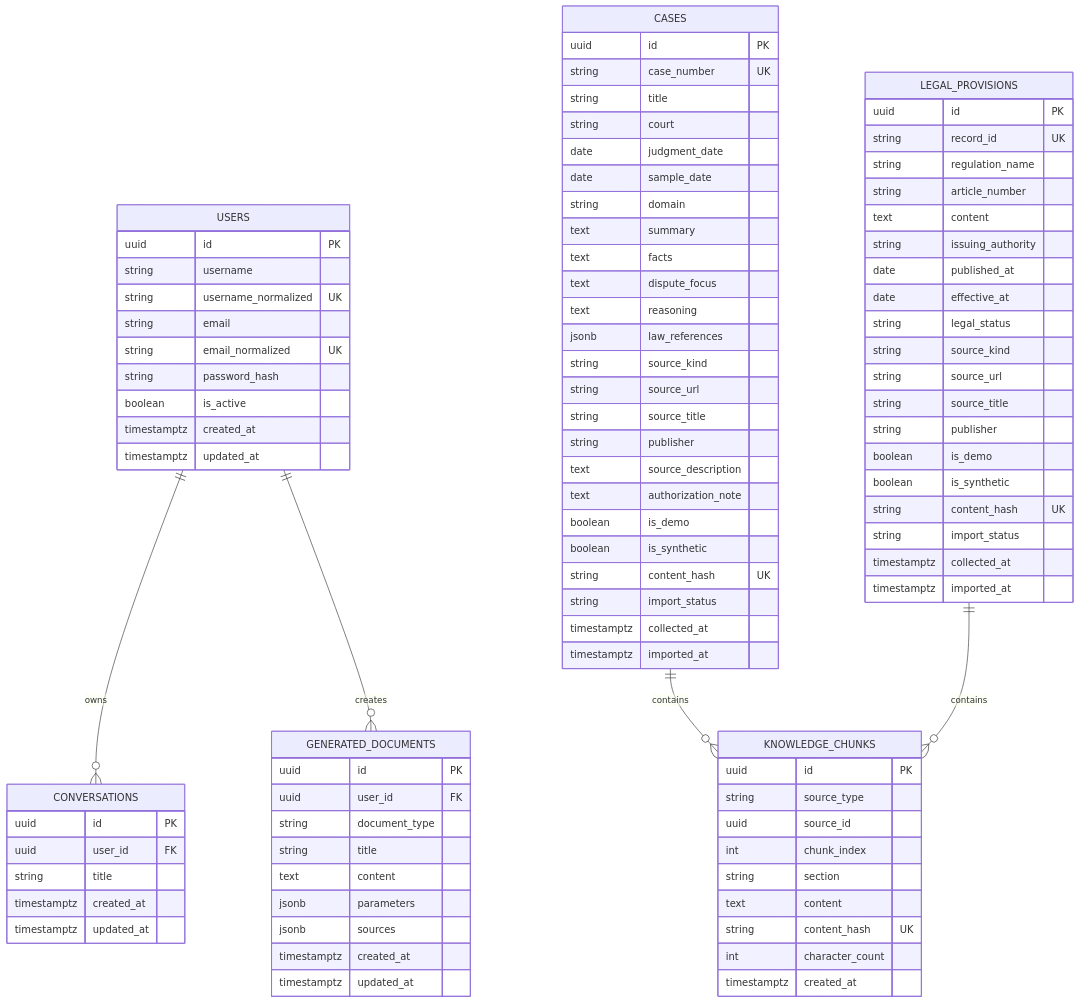
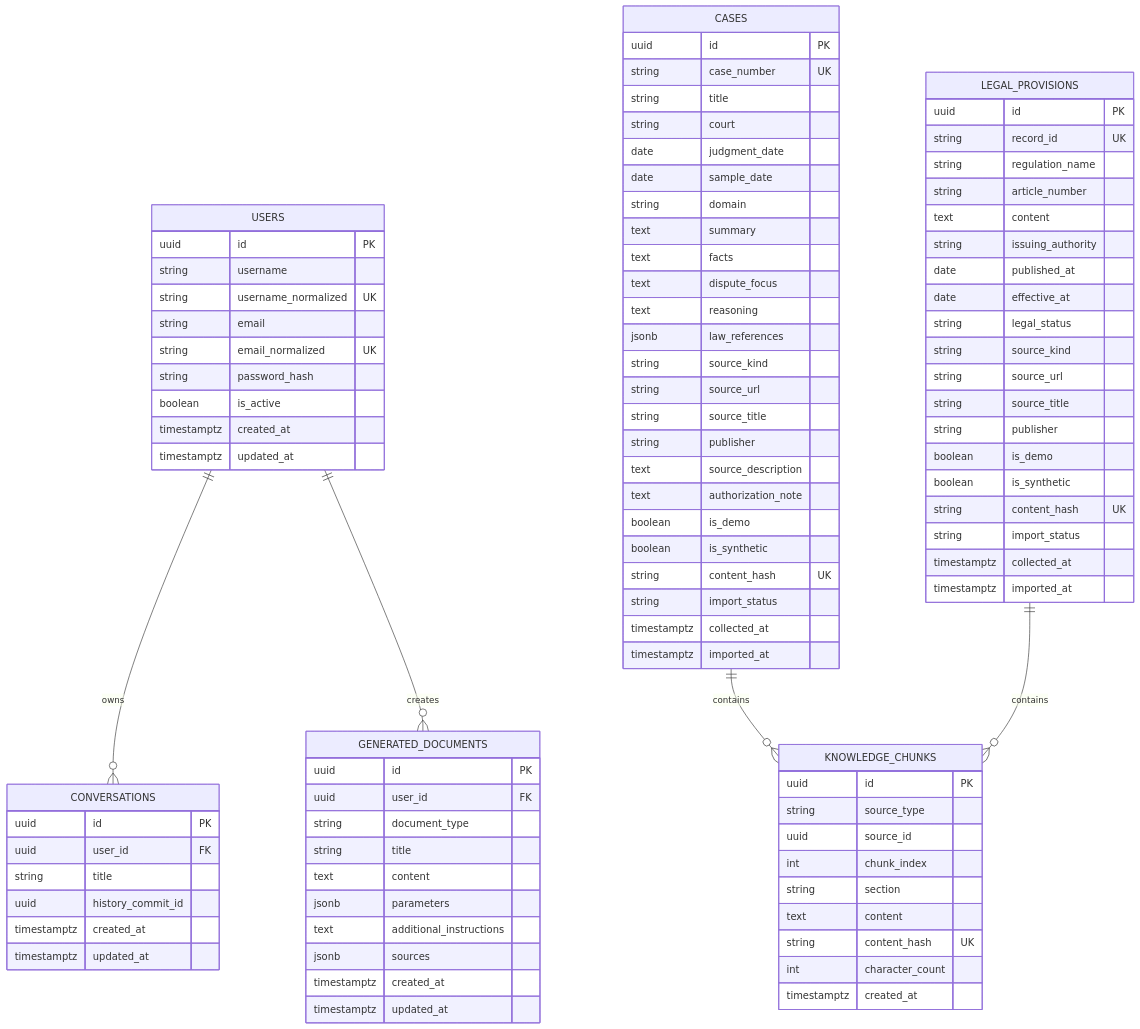
One commit to wenqin8/legalmind changed the diagram in docs/data-model.md. Above: the diagram before and after it, drawn with Mermaid. The commit also changed other lines of this file and 80 other files, not shown here.

```diff
--- a/docs/data-model.md
+++ b/docs/data-model.md
@@ -66,6 +66,7 @@
         uuid id PK
         uuid user_id FK
         string title
+        uuid history_commit_id
         timestamptz created_at
         timestamptz updated_at
     }
@@ -77,6 +78,7 @@
         string title
         text content
         jsonb parameters
+        text additional_instructions
         jsonb sources
         timestamptz created_at
         timestamptz updated_at
```
